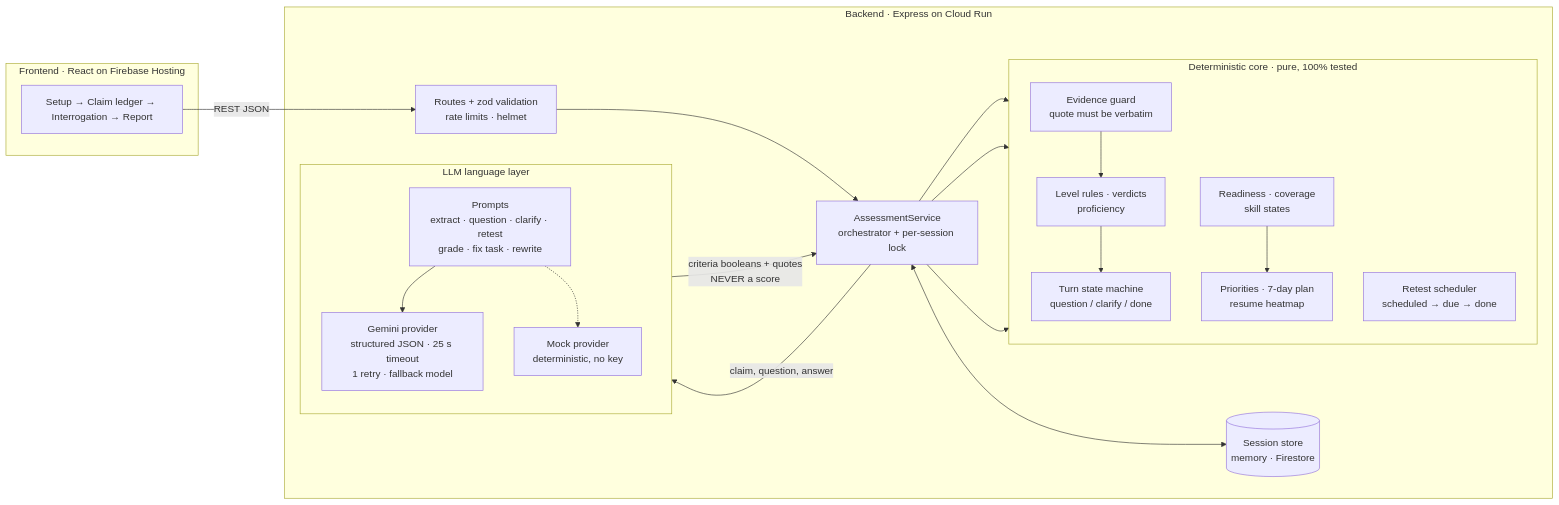
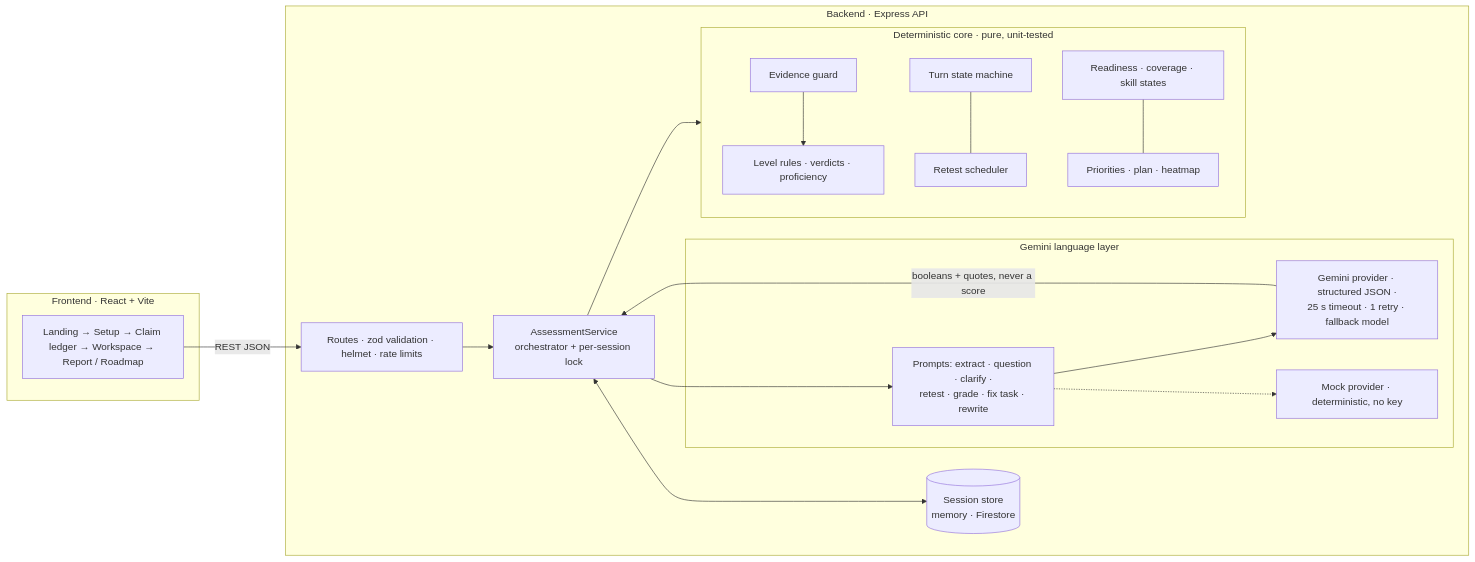
The diagram in README.md (Spyro007-06/H2S), drawn with Mermaid before and after one commit. The commit also changed other lines of this file and 3 other files, not shown here.

````diff
--- a/README.md
+++ b/README.md
@@ -50,36 +36,27 @@
 ```mermaid
 flowchart LR
-  subgraph FE[Frontend · React on Firebase Hosting]
-    UI[Setup → Claim ledger → Interrogation → Report]
+  subgraph FE[Frontend · React + Vite]
+    UI[Landing → Setup → Claim ledger → Workspace → Report / Roadmap]
   end
-
-  subgraph BE[Backend · Express on Cloud Run]
-    API[Routes + zod validation<br/>rate limits · helmet]
+  subgraph BE[Backend · Express API]
+    API[Routes · zod validation · helmet · rate limits]
     SVC[AssessmentService<br/>orchestrator + per-session lock]
-    subgraph LANG[LLM language layer]
-      direction TB
-      P[Prompts<br/>extract · question · clarify · retest<br/>grade · fix task · rewrite]
-      G[Gemini provider<br/>structured JSON · 25 s timeout<br/>1 retry · fallback model]
-      M[Mock provider<br/>deterministic, no key]
+    subgraph LANG[Gemini language layer]
+      P[Prompts: extract · question · clarify ·<br/>retest · grade · fix task · rewrite]
+      G[Gemini provider · structured JSON ·<br/>25 s timeout · 1 retry · fallback model]
+      M[Mock provider · deterministic, no key]
     end
-    subgraph CORE[Deterministic core · pure, 100% tested]
-      direction TB
-      EV[Evidence guard<br/>quote must be verbatim]
-      RU[Level rules · verdicts<br/>proficiency]
-      SM[Turn state machine<br/>question / clarify / done]
-      SC[Readiness · coverage<br/>skill states]
-      PL[Priorities · 7-day plan<br/>resume heatmap]
-      SCH[Retest scheduler<br/>scheduled → due → done]
+    subgraph CORE[Deterministic core · pure, unit-tested]
+      EV[Evidence guard] --> RU[Level rules · verdicts · proficiency]
+      SM[Turn state machine] --- SCH[Retest scheduler]
+      SC[Readiness · coverage · skill states] --- PL[Priorities · plan · heatmap]
     end
     ST[(Session store<br/>memory · Firestore)]
   end
-
   UI -->|REST JSON| API --> SVC
-  SVC -->|claim, question, answer| P --> G
+  SVC --> P --> G
   P -.-> M
-  G -->|criteria booleans + quotes<br/>NEVER a score| SVC
-  SVC --> EV --> RU --> SM
-  SVC --> SC --> PL
-  SVC --> SCH
+  G -->|booleans + quotes, never a score| SVC
+  SVC --> CORE
   SVC <--> ST
 ```
````
